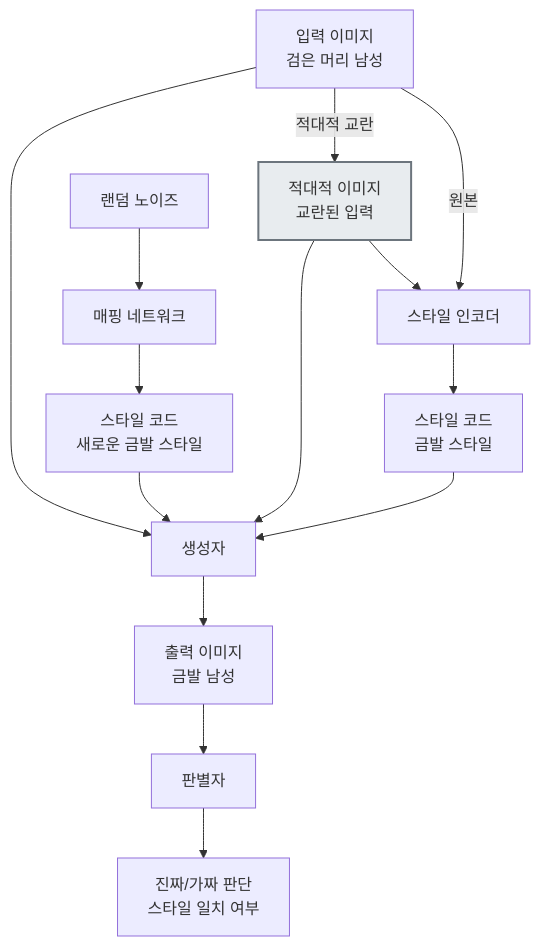
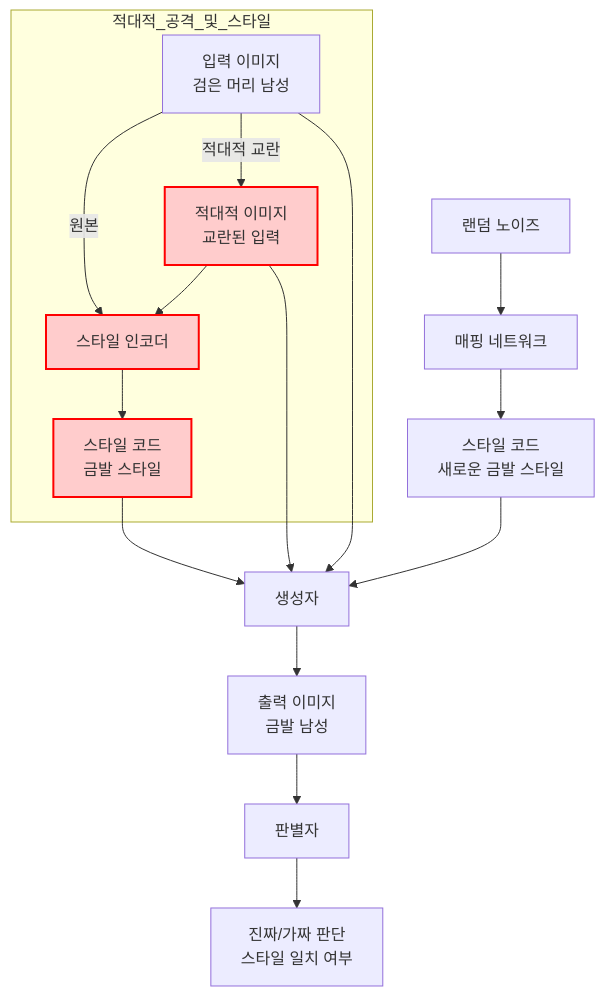
Before and after one commit to hyundairotemai2/AIFAKER: the first of 5 diagrams in README.md, drawn with Mermaid.

````diff
--- a/README.md
+++ b/README.md
@@ -26,27 +26,29 @@
 ```mermaid
 graph TD
-    %% 입력 및 적대적 공격
-    A[입력 이미지<br>검은 머리 남성] -->|원본| B[스타일 인코더]
-    A -->|적대적 교란| A_adv[적대적 이미지<br>교란된 입력]
-    A_adv --> B
+    %% 입력 및 적대적 공격과 스타일 관련 노드를 하나의 서브그래프로 묶음
+    subgraph 적대적_공격_및_스타일
+        A[입력 이미지<br>검은 머리 남성] -->|원본| B[스타일 인코더]
+        A -->|적대적 교란| A_adv[적대적 이미지<br>교란된 입력]
+        A_adv --> B
+        B --> C[스타일 코드<br>금발 스타일]
+    end
     
-    %% 스타일 코드 생성
-    B --> C[스타일 코드<br>금발 스타일]
+    %% 나머지 플로우
     D[랜덤 노이즈] --> E[매핑 네트워크]
     E --> F[스타일 코드<br>새로운 금발 스타일]
     
     %% 이미지 생성
     A --> G[생성자]
     A_adv --> G
     C --> G
     F --> G
     
     %% 판별 과정
     G --> H[출력 이미지<br>금발 남성]
     H --> I[판별자]
     I --> J[진짜/가짜 판단<br>스타일 일치 여부]
 
-    %% 스타일 강조 (수수한 색상 적용)
-    classDef attack fill:#e8ecef,stroke:#6c757d,stroke-width:2px;
-    class A_adv attack;
+    %% 스타일 강조 (빨간색 적용)
+    classDef attack fill:#ffcccc,stroke:#ff0000,stroke-width:2px;
+    class A_adv,B,C attack;
 ```
````
